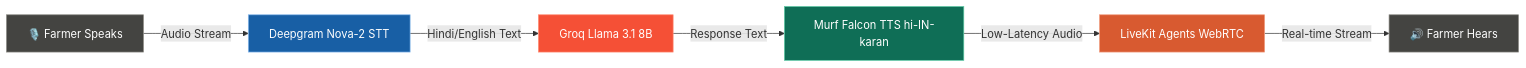
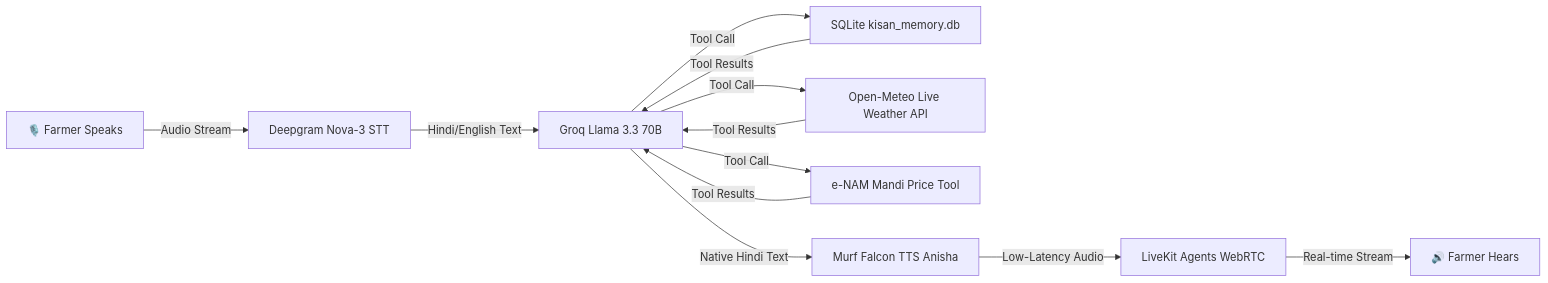
The diagram in README.md (Aaddii17/murf-livekit-starter), drawn with Mermaid before and after one commit. The commit also changed other lines of this file, not shown here.

Commit message:
Update Day 5 domain tools, live Open-Meteo weather API, e-NAM mandi prices, tool chaining, and README documentation

````diff
--- a/README.md
+++ b/README.md
@@ -22,15 +25,12 @@
 ```mermaid
 flowchart LR
-    A[🎙️ Farmer Speaks] -->|Audio Stream| B[Deepgram Nova-2 STT]
-    B -->|Hindi/English Text| C[Groq Llama 3.1 8B]
-    C -->|Response Text| D[Murf Falcon TTS hi-IN-karan]
-    D -->|Low-Latency Audio| E[LiveKit Agents WebRTC]
-    E -->|Real-time Stream| F[🔊 Farmer Hears]
-
-    style A fill:#444441,stroke:#888780,color:#fff
-    style B fill:#185FA5,stroke:#85B7EB,color:#fff
-    style C fill:#F55036,stroke:#FF8870,color:#fff
-    style D fill:#0F6E56,stroke:#5DCAA5,color:#fff
-    style E fill:#D85A30,stroke:#F0997B,color:#fff
-    style F fill:#444441,stroke:#888780,color:#fff
+    A[🎙️ Farmer Speaks] -->|Audio Stream| B[Deepgram Nova-3 STT]
+    B -->|Hindi/English Text| C[Groq Llama 3.3 70B]
+    C -->|Tool Call| D1[SQLite kisan_memory.db]
+    C -->|Tool Call| D2[Open-Meteo Live Weather API]
+    C -->|Tool Call| D3[e-NAM Mandi Price Tool]
+    D1 & D2 & D3 -->|Tool Results| C
+    C -->|Native Hindi Text| E[Murf Falcon TTS Anisha]
+    E -->|Low-Latency Audio| F[LiveKit Agents WebRTC]
+    F -->|Real-time Stream| G[🔊 Farmer Hears]
 ```
````
